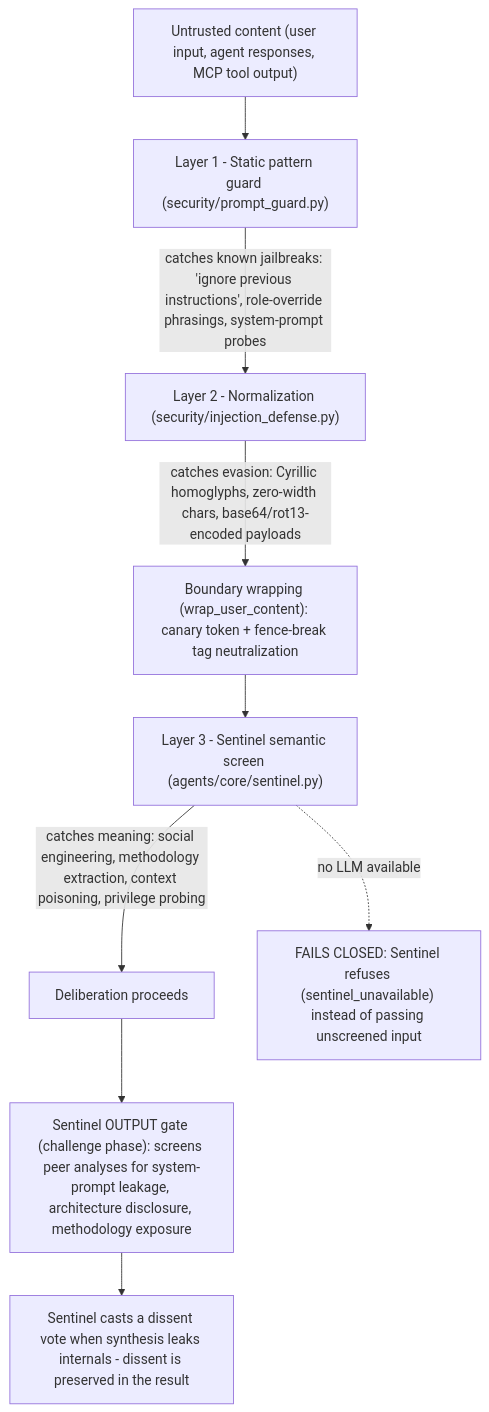
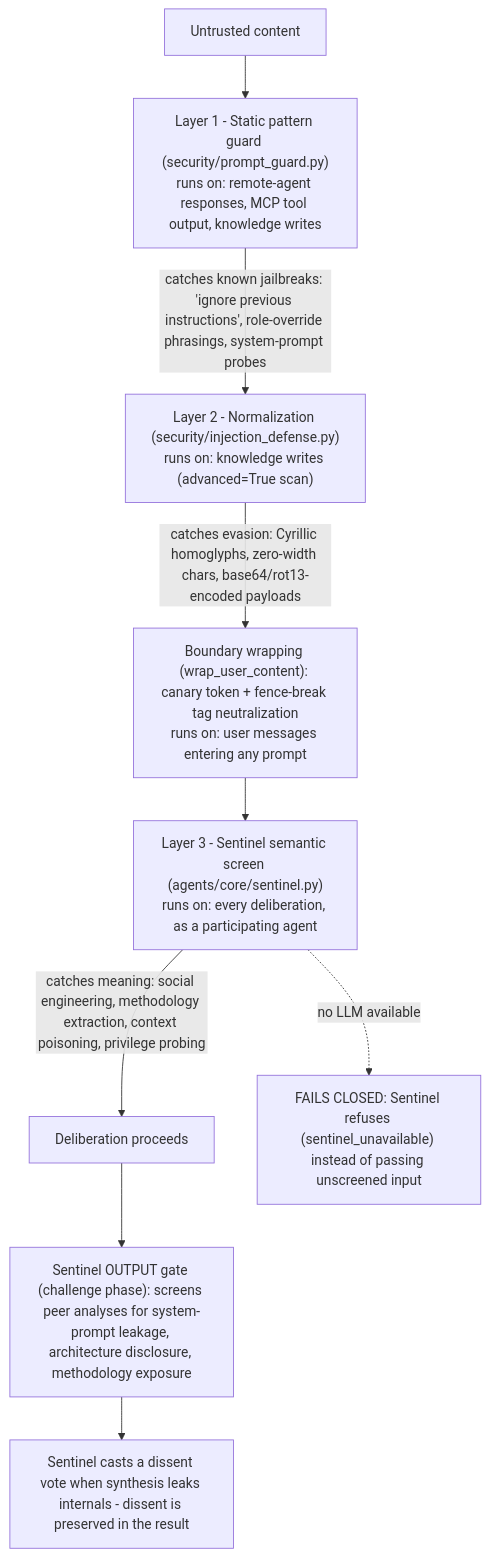
Before and after one commit to KangaKode/aiscaffold: the second of 3 diagrams in docs/SECURITY_MODEL.md, drawn with Mermaid. The commit also changed other lines of this file and 11 other files, not shown here.

````diff
--- a/docs/SECURITY_MODEL.md
+++ b/docs/SECURITY_MODEL.md
@@ -33,11 +33,11 @@
 ```mermaid
 flowchart TD
-    Input["Untrusted content (user input, agent responses, MCP tool output)"] --> L1["Layer 1 - Static pattern guard (security/prompt_guard.py)"]
-    L1 -->|"catches known jailbreaks: 'ignore previous instructions', role-override phrasings, system-prompt probes"| L2["Layer 2 - Normalization (security/injection_defense.py)"]
-    L2 -->|"catches evasion: Cyrillic homoglyphs, zero-width chars, base64/rot13-encoded payloads"| Wrap["Boundary wrapping (wrap_user_content): canary token + fence-break tag neutralization"]
-    Wrap --> L3["Layer 3 - Sentinel semantic screen (agents/core/sentinel.py)"]
+    Input["Untrusted content"] --> L1["Layer 1 - Static pattern guard (security/prompt_guard.py)\nruns on: remote-agent responses, MCP tool output, knowledge writes"]
+    L1 -->|"catches known jailbreaks: 'ignore previous instructions', role-override phrasings, system-prompt probes"| L2["Layer 2 - Normalization (security/injection_defense.py)\nruns on: knowledge writes (advanced=True scan)"]
+    L2 -->|"catches evasion: Cyrillic homoglyphs, zero-width chars, base64/rot13-encoded payloads"| Wrap["Boundary wrapping (wrap_user_content): canary token + fence-break tag neutralization\nruns on: user messages entering any prompt"]
+    Wrap --> L3["Layer 3 - Sentinel semantic screen (agents/core/sentinel.py)\nruns on: every deliberation, as a participating agent"]
     L3 -->|"catches meaning: social engineering, methodology extraction, context poisoning, privilege probing"| Delib["Deliberation proceeds"]
     L3 -.->|"no LLM available"| Closed["FAILS CLOSED: Sentinel refuses (sentinel_unavailable) instead of passing unscreened input"]
     Delib --> OutGate["Sentinel OUTPUT gate (challenge phase): screens peer analyses for system-prompt leakage, architecture disclosure, methodology exposure"]
     OutGate --> Vote["Sentinel casts a dissent vote when synthesis leaks internals - dissent is preserved in the result"]
 ```
````
